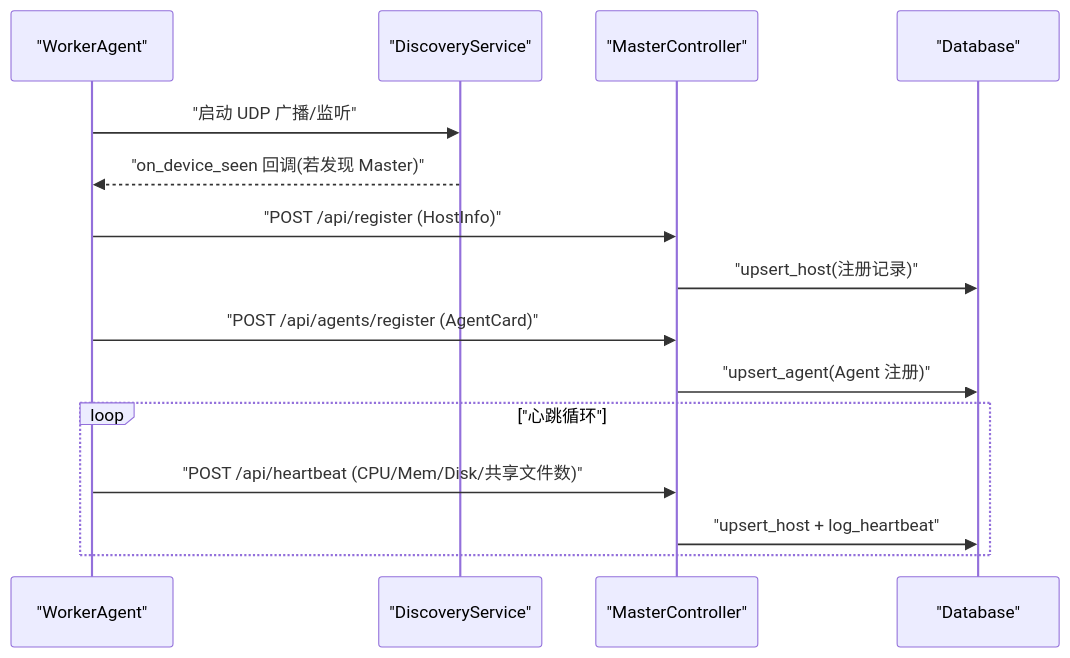
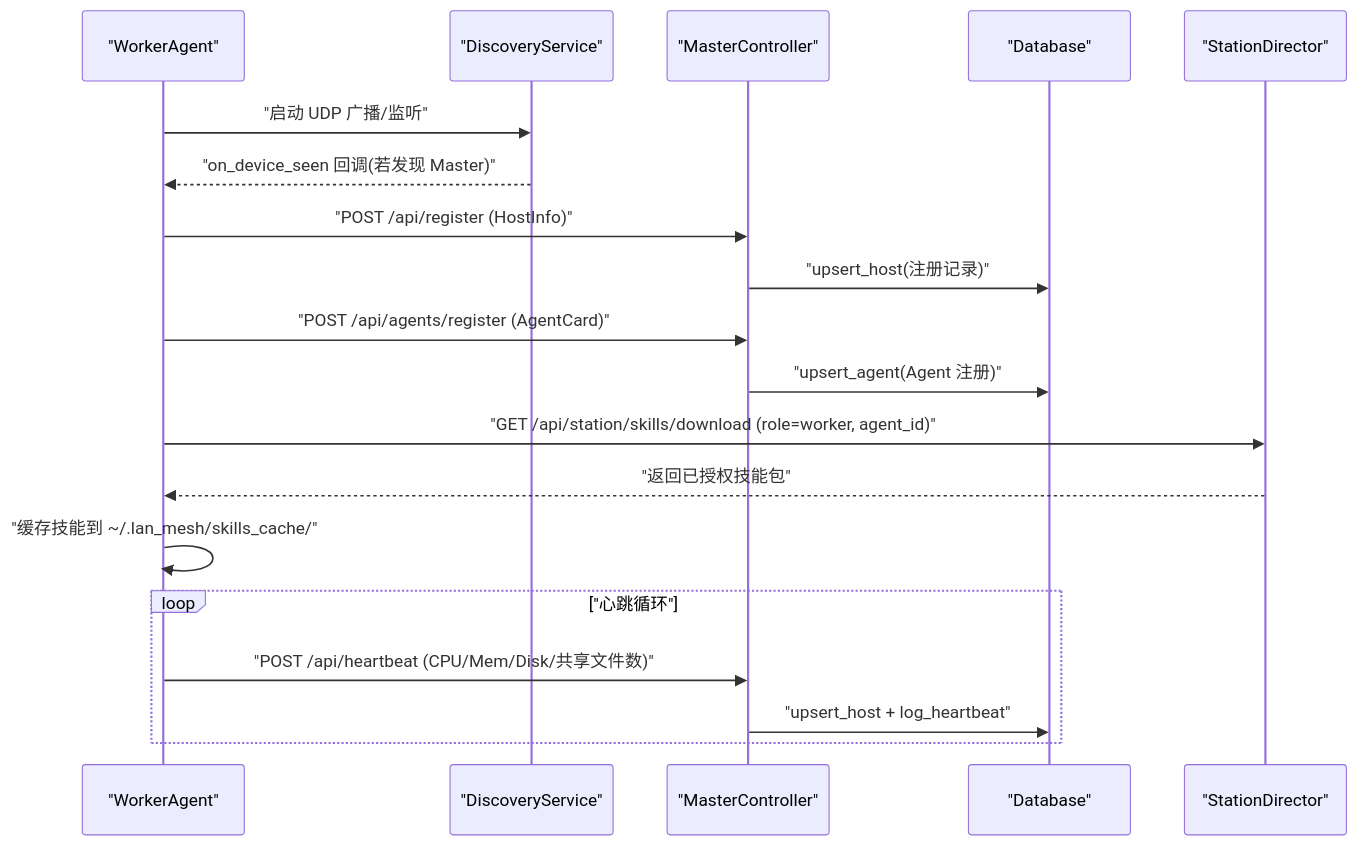
One commit to targalian/Personal-distributed-workstation changed the second of 11 diagrams in .qoder/repowiki/zh/content/架构设计/Worker 代理/Worker 代理.md. Above: the diagram before and after it, drawn with Mermaid. The commit also changed other lines of this file and 92 other files, not shown here.

````diff
--- a/.qoder/repowiki/zh/content/架构设计/Worker 代理/Worker 代理.md
+++ b/.qoder/repowiki/zh/content/架构设计/Worker 代理/Worker 代理.md
@@ -119,17 +133,21 @@
 ```mermaid
 sequenceDiagram
 participant Worker as "WorkerAgent"
 participant Discovery as "DiscoveryService"
 participant Master as "MasterController"
 participant DB as "Database"
+participant SD as "StationDirector"
 Worker->>Discovery : "启动 UDP 广播/监听"
 Discovery-->>Worker : "on_device_seen 回调(若发现 Master)"
 Worker->>Master : "POST /api/register (HostInfo)"
 Master->>DB : "upsert_host(注册记录)"
 Worker->>Master : "POST /api/agents/register (AgentCard)"
 Master->>DB : "upsert_agent(Agent 注册)"
+Worker->>SD : "GET /api/station/skills/download (role=worker, agent_id)"
+SD-->>Worker : "返回已授权技能包"
+Worker->>Worker : "缓存技能到 ~/.lan_mesh/skills_cache/"
 loop "心跳循环"
 Worker->>Master : "POST /api/heartbeat (CPU/Mem/Disk/共享文件数)"
 Master->>DB : "upsert_host + log_heartbeat"
 end
 ```
````
